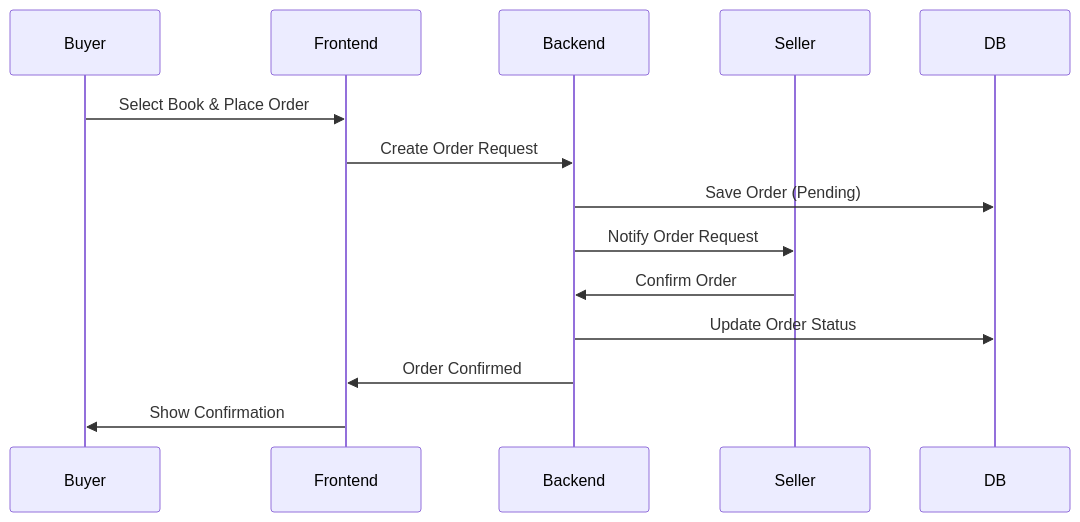
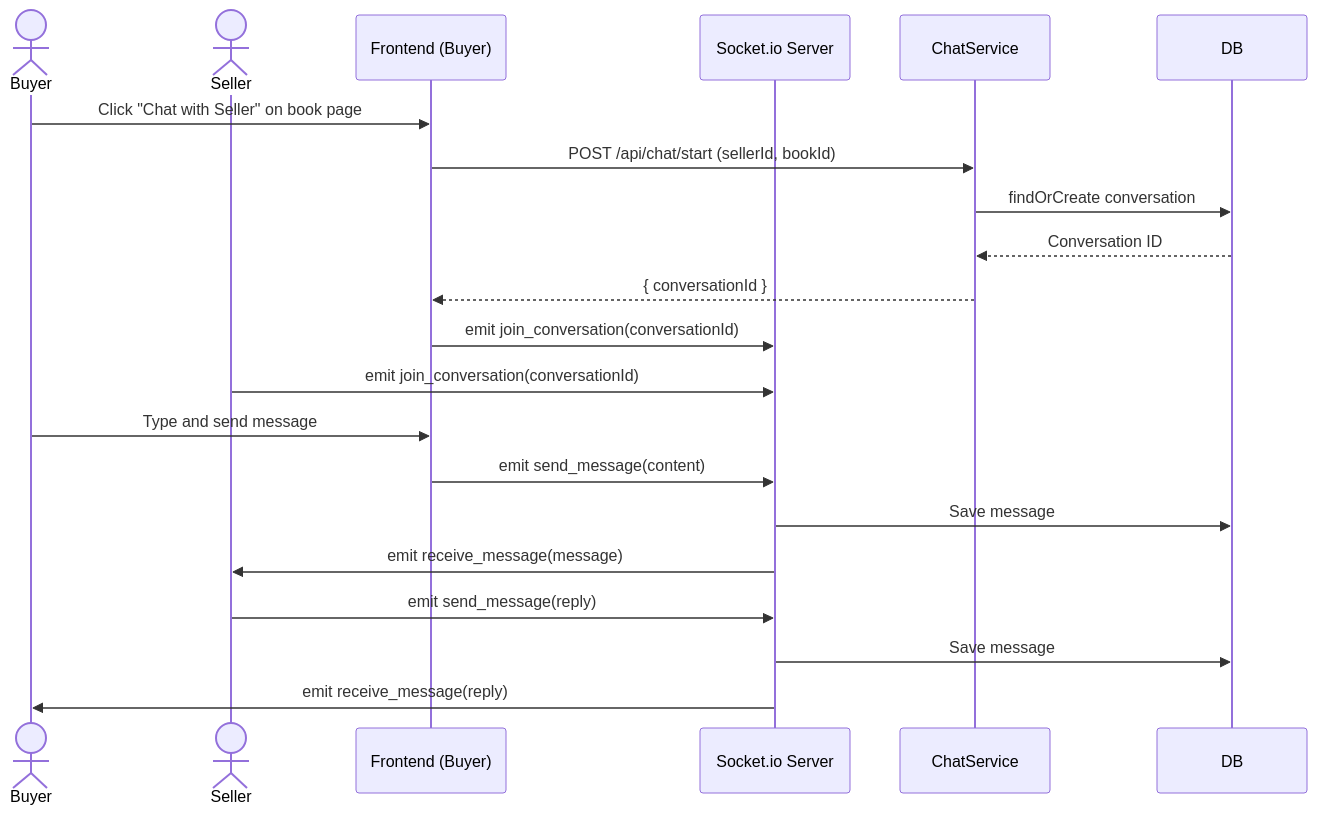
Before and after one commit to tanu9979/SESD_project: the second of 2 diagrams in sequenceDiagram.md, drawn with Mermaid. The commit also changed other lines of this file and 1 other file, not shown here.

Commit message:
docs: update sequence diagrams for order flow and real-time chat

````diff
--- a/sequenceDiagram.md
+++ b/sequenceDiagram.md
@@ -1,17 +54,27 @@
 ```mermaid
 sequenceDiagram
-participant Buyer
-participant Frontend
-participant Backend
-participant Seller
-participant DB
+    actor Buyer
+    actor Seller
+    participant Frontend as Frontend (Buyer)
+    participant SocketServer as Socket.io Server
+    participant ChatService
+    participant DB
 
-Buyer->>Frontend: Select Book & Place Order
-Frontend->>Backend: Create Order Request
-Backend->>DB: Save Order (Pending)
-Backend->>Seller: Notify Order Request
-Seller->>Backend: Confirm Order
-Backend->>DB: Update Order Status
-Backend->>Frontend: Order Confirmed
-Frontend->>Buyer: Show Confirmation
+    Buyer->>Frontend: Click "Chat with Seller" on book page
+    Frontend->>ChatService: POST /api/chat/start (sellerId, bookId)
+    ChatService->>DB: findOrCreate conversation
+    DB-->>ChatService: Conversation ID
+    ChatService-->>Frontend: { conversationId }
+
+    Frontend->>SocketServer: emit join_conversation(conversationId)
+    Seller->>SocketServer: emit join_conversation(conversationId)
+
+    Buyer->>Frontend: Type and send message
+    Frontend->>SocketServer: emit send_message(content)
+    SocketServer->>DB: Save message
+    SocketServer->>Seller: emit receive_message(message)
+
+    Seller->>SocketServer: emit send_message(reply)
+    SocketServer->>DB: Save message
+    SocketServer->>Buyer: emit receive_message(reply)
 ```
````
